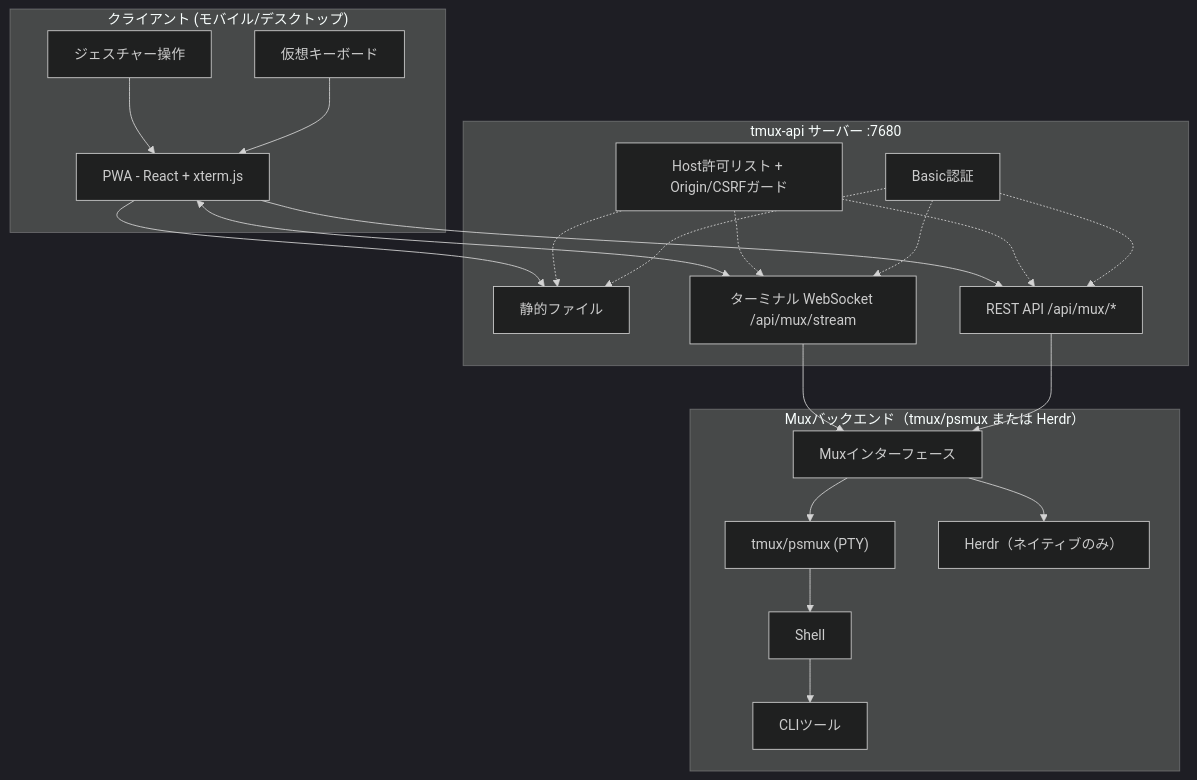
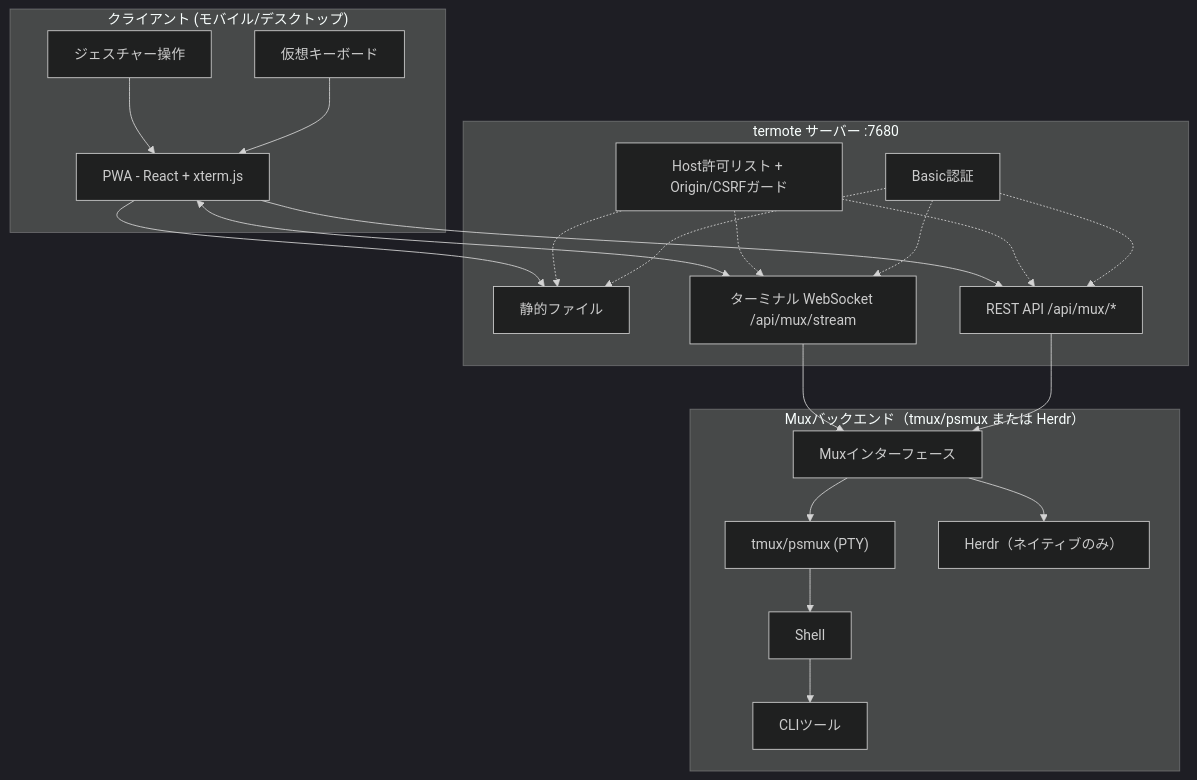
Before and after one commit to lamngockhuong/termote: the first of 2 diagrams in README.ja.md, drawn with Mermaid (dark theme). The commit also changed other lines of this file and 107 other files, not shown here.

First line of the commit message:
refactor!: rename tmux-api to server and its binary to termote (#215)

````diff
--- a/README.ja.md
+++ b/README.ja.md
@@ -59,36 +59,36 @@
 ```mermaid
 flowchart TB
     subgraph Client["クライアント (モバイル/デスクトップ)"]
         PWA["PWA - React + xterm.js"]
         Gestures["ジェスチャー操作"]
         Keyboard["仮想キーボード"]
     end
 
-    subgraph Server["tmux-api サーバー :7680"]
+    subgraph Server["termote サーバー :7680"]
         Static["静的ファイル"]
         Stream["ターミナル WebSocket /api/mux/stream"]
         API["REST API /api/mux/*"]
         Guard["Host許可リスト + Origin/CSRFガード"]
         Auth["Basic認証"]
     end
 
     subgraph Backend["Muxバックエンド（tmux/psmux または Herdr）"]
         Mux["Muxインターフェース"]
         tmux["tmux/psmux (PTY)"]
         herdr["Herdr（ネイティブのみ）"]
         Shell["Shell"]
         Tools["CLIツール"]
     end
 
     Gestures --> PWA
     Keyboard --> PWA
     PWA --> Static
     PWA <--> Stream
     PWA --> API
     Guard -.-> Static & Stream & API
     Auth -.-> Static & Stream & API
     Stream --> Mux
     API --> Mux
     Mux --> tmux & herdr
     tmux --> Shell --> Tools
 ```
````
